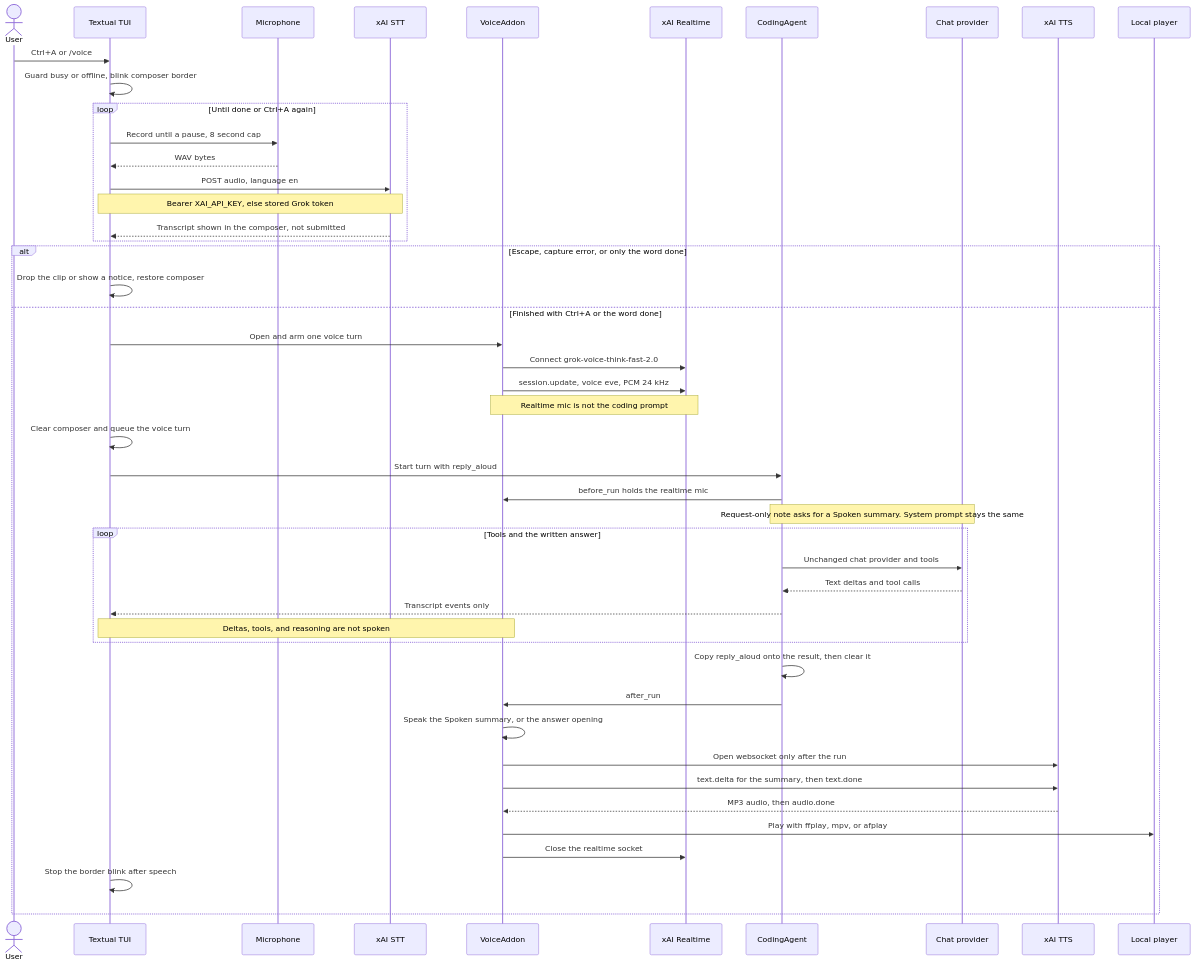
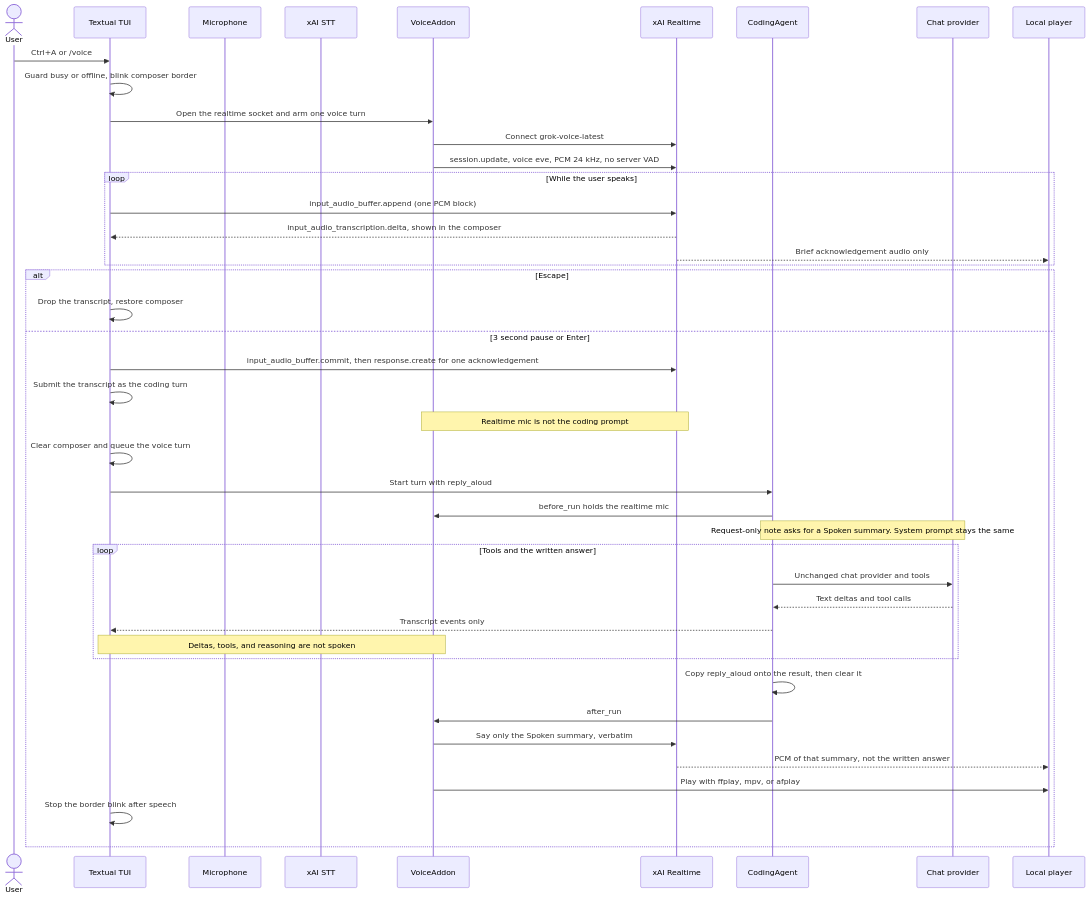
The diagram in docs/developer-guide/voice-mode.md (Sarthakischauhan/symphony), drawn with Mermaid before and after one commit. The commit also changed other lines of this file and 8 other files, not shown here.

First line of the commit message:
perf(voice): one realtime socket for listen, ack, and summary

````diff
--- a/docs/developer-guide/voice-mode.md
+++ b/docs/developer-guide/voice-mode.md
@@ -10,50 +14,46 @@
 ```mermaid
 sequenceDiagram
     actor User
     participant UI as Textual TUI
     participant Mic as Microphone
     participant STT as xAI STT
     participant Addon as VoiceAddon
     participant RT as xAI Realtime
     participant Agent as CodingAgent
     participant Model as Chat provider
-    participant TTS as xAI TTS
     participant Player as Local player
 
     User->>UI: Ctrl+A or /voice
     UI->>UI: Guard busy or offline, blink composer border
-    loop Until done or Ctrl+A again
-        UI->>Mic: Record until a pause, 8 second cap
-        Mic-->>UI: WAV bytes
-        UI->>STT: POST audio, language en
-        Note over UI,STT: Bearer XAI_API_KEY, else stored Grok token
-        STT-->>UI: Transcript shown in the composer, not submitted
+    UI->>Addon: Open the realtime socket and arm one voice turn
+    Addon->>RT: Connect grok-voice-latest
+    Addon->>RT: session.update, voice eve, PCM 24 kHz, no server VAD
+    loop While the user speaks
+        UI->>RT: input_audio_buffer.append (one PCM block)
+        RT-->>UI: input_audio_transcription.delta, shown in the composer
+        RT-->>Player: Brief acknowledgement audio only
     end
-    alt Escape, capture error, or only the word done
-        UI->>UI: Drop the clip or show a notice, restore composer
-    else Finished with Ctrl+A or the word done
-        UI->>Addon: Open and arm one voice turn
-        Addon->>RT: Connect grok-voice-think-fast-2.0
-        Addon->>RT: session.update, voice eve, PCM 24 kHz
+    alt Escape
+        UI->>UI: Drop the transcript, restore composer
+    else 3 second pause or Enter
+        UI->>RT: input_audio_buffer.commit, then response.create for one acknowledgement
+        UI->>UI: Submit the transcript as the coding turn
         Note over Addon,RT: Realtime mic is not the coding prompt
         UI->>UI: Clear composer and queue the voice turn
         UI->>Agent: Start turn with reply_aloud
         Agent->>Addon: before_run holds the realtime mic
         Note over Agent,Model: Request-only note asks for a Spoken summary. System prompt stays the same
         loop Tools and the written answer
             Agent->>Model: Unchanged chat provider and tools
             Model-->>Agent: Text deltas and tool calls
             Agent-->>UI: Transcript events only
             Note over UI,Addon: Deltas, tools, and reasoning are not spoken
         end
         Agent->>Agent: Copy reply_aloud onto the result, then clear it
         Agent->>Addon: after_run
-        Addon->>Addon: Speak the Spoken summary, or the answer opening
-        Addon->>TTS: Open websocket only after the run
-        Addon->>TTS: text.delta for the summary, then text.done
-        TTS-->>Addon: MP3 audio, then audio.done
+        Addon->>RT: Say only the Spoken summary, verbatim
+        RT-->>Player: PCM of that summary, not the written answer
         Addon->>Player: Play with ffplay, mpv, or afplay
-        Addon->>RT: Close the realtime socket
         UI->>UI: Stop the border blink after speech
     end
 ```
````
